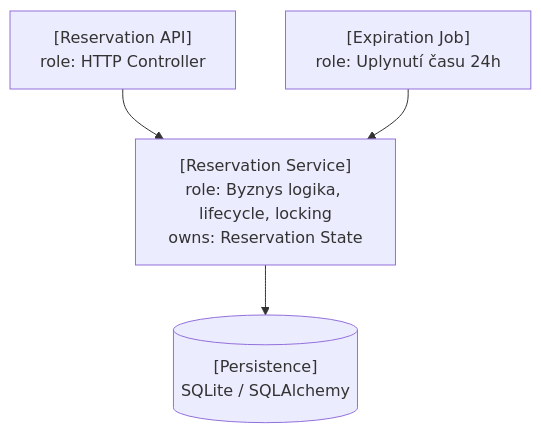
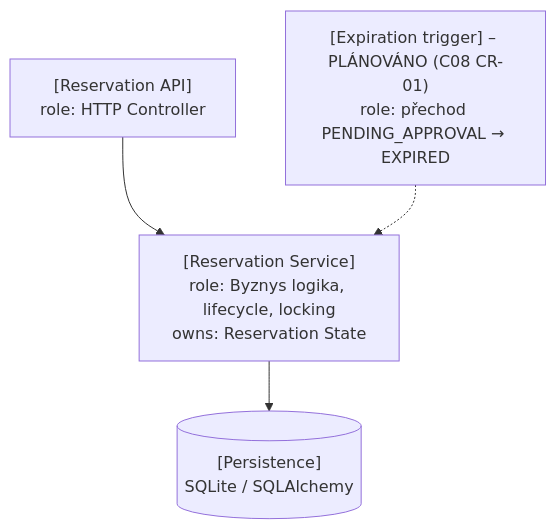
Before and after one commit to Eve-linnx/tattoo_reservation_system: the third of 5 diagrams in docs/architecture-and-decisions.md, drawn with Mermaid. The commit also changed other lines of this file and 7 other files, not shown here.

````diff
--- a/docs/architecture-and-decisions.md
+++ b/docs/architecture-and-decisions.md
@@ -265,11 +283,11 @@
 ```mermaid
 flowchart TD
     API["[Reservation API]\nrole: HTTP Controller"]
     Service["[Reservation Service]\nrole: Byznys logika, lifecycle, locking\nowns: Reservation State"]
-    Background["[Expiration Job]\nrole: Uplynutí času 24h"]
+    Background["[Expiration trigger] – PLÁNOVÁNO (C08 CR-01)\nrole: přechod PENDING_APPROVAL → EXPIRED"]
     DB[("[Persistence]\nSQLite / SQLAlchemy")]
 
     API --> Service
-    Background --> Service
+    Background -.-> Service
     Service --> DB
 ```
````
